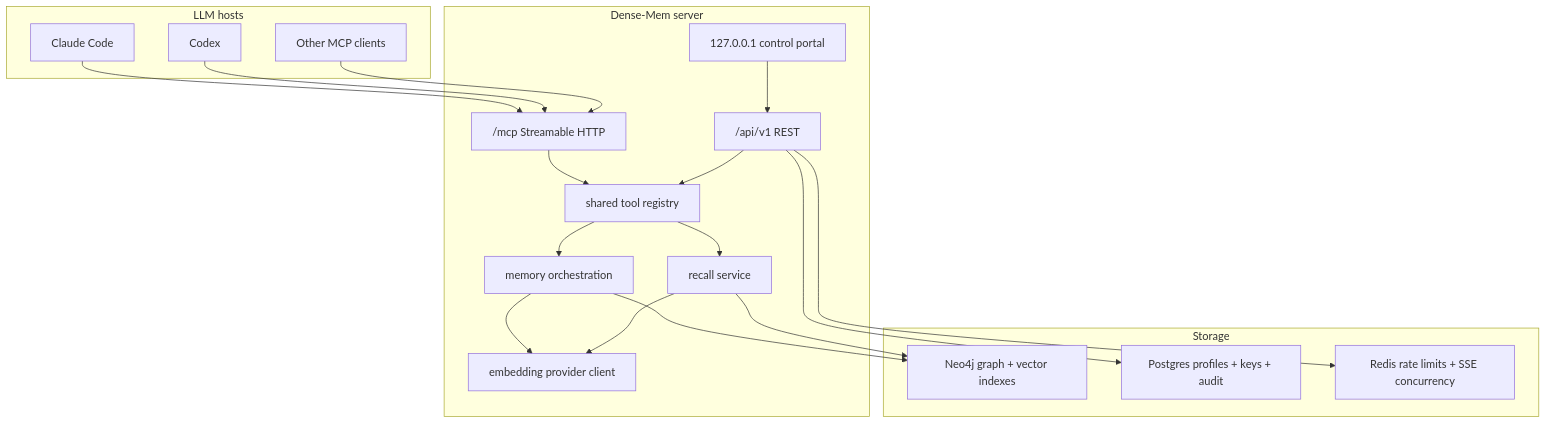
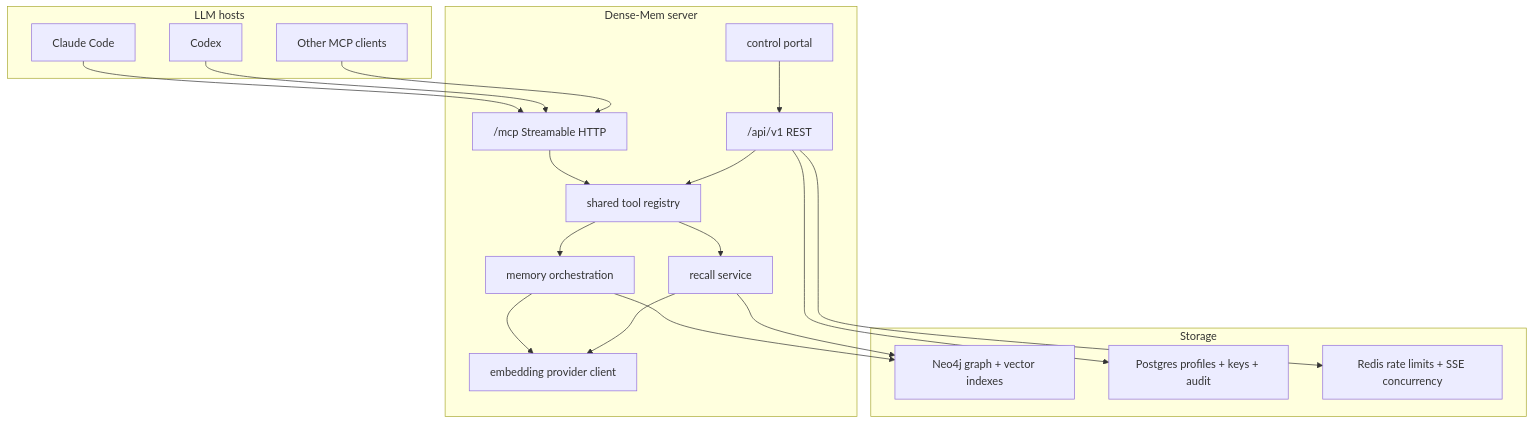
One commit to Z-M-Huang/dense-mem changed the first of 2 diagrams in README.md. Above: the diagram before and after it, drawn with Mermaid. The commit also changed other lines of this file and 5 other files, not shown here.

Commit message:
fix: allow operator-managed control portal exposure

````diff
--- a/README.md
+++ b/README.md
@@ -30,39 +30,39 @@
 ```mermaid
 flowchart TB
     subgraph Hosts["LLM hosts"]
         Claude["Claude Code"]
         Codex["Codex"]
         Apps["Other MCP clients"]
     end
 
     subgraph DenseMem["Dense-Mem server"]
         MCP["/mcp Streamable HTTP"]
         REST["/api/v1 REST"]
-        Portal["127.0.0.1 control portal"]
+        Portal["control portal"]
         Registry["shared tool registry"]
         Memory["memory orchestration"]
         Recall["recall service"]
         Embeds["embedding provider client"]
     end
 
     subgraph Storage["Storage"]
         Neo4j["Neo4j graph + vector indexes"]
         Postgres["Postgres profiles + keys + audit"]
         Redis["Redis rate limits + SSE concurrency"]
     end
 
     Claude --> MCP
     Codex --> MCP
     Apps --> MCP
     Portal --> REST
     MCP --> Registry
     REST --> Registry
     Registry --> Memory
     Registry --> Recall
     Memory --> Embeds
     Recall --> Embeds
     Memory --> Neo4j
     Recall --> Neo4j
     REST --> Postgres
     REST --> Redis
 ```
````
